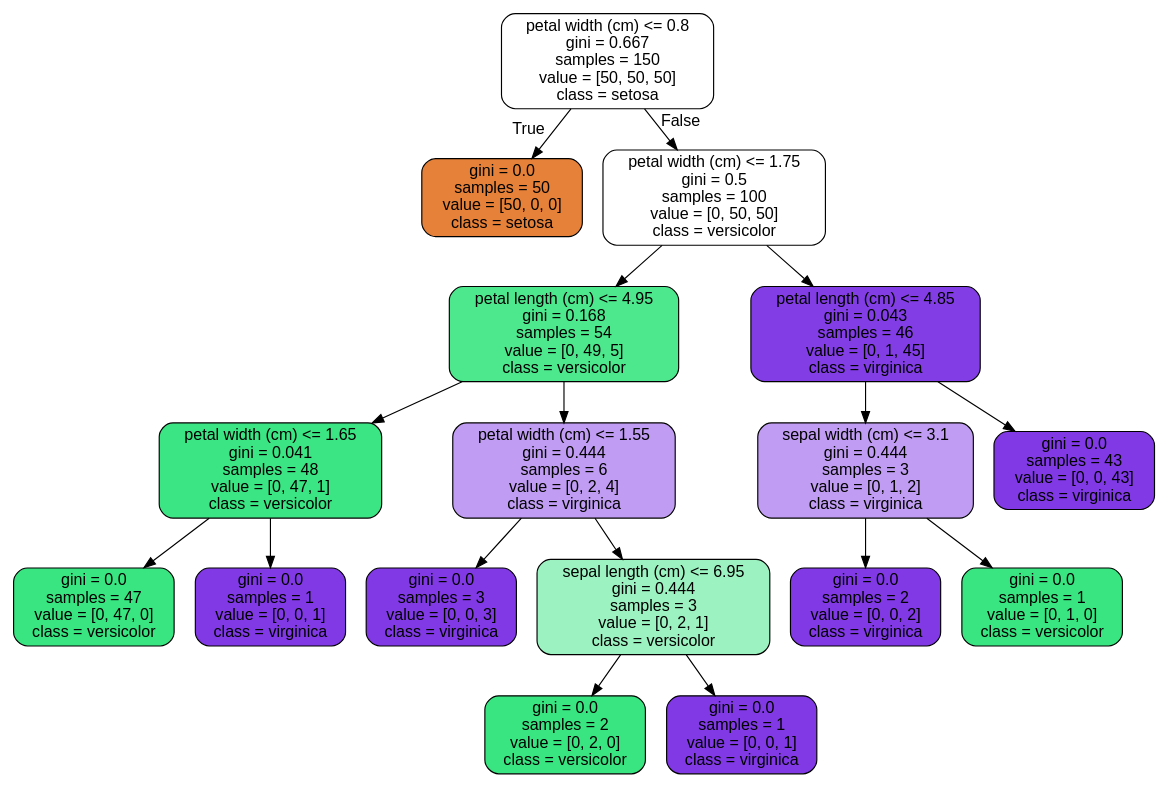
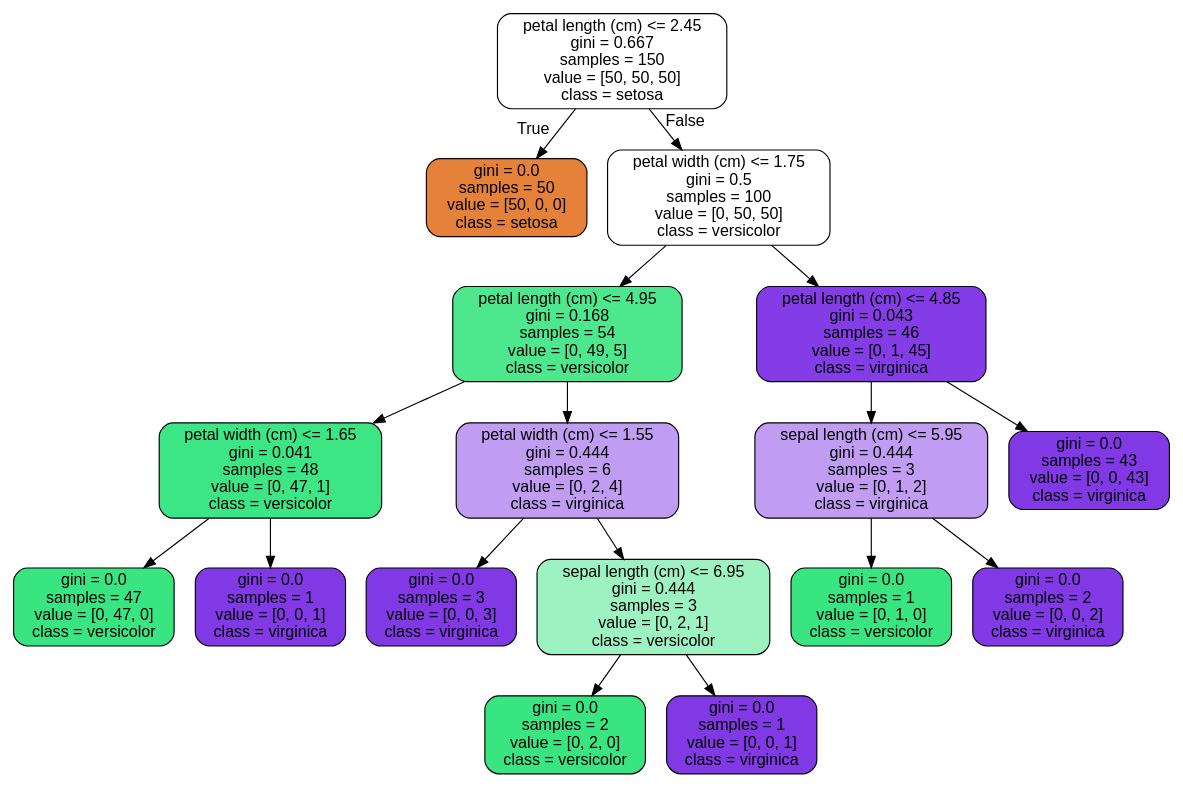
The diagram in com/happiless/02_ai_core/02_机器学习/03_常用机器学习模型/iris_tree.dot (happiless/God-Of-AI), drawn with Graphviz before and after one commit. The commit also changed 5 other files, not shown here.

```diff
--- a/com/happiless/02_ai_core/02_机器学习/03_常用机器学习模型/iris_tree.dot
+++ b/com/happiless/02_ai_core/02_机器学习/03_常用机器学习模型/iris_tree.dot
@@ -1,37 +1,37 @@
 digraph Tree {
 node [shape=box, style="filled, rounded", color="black", fontname=helvetica] ;
 edge [fontname=helvetica] ;
-0 [label="petal width (cm) <= 0.8\ngini = 0.667\nsamples = 150\nvalue = [50, 50, 50]\nclass = setosa", fillcolor="#e5813900"] ;
-1 [label="gini = 0.0\nsamples = 50\nvalue = [50, 0, 0]\nclass = setosa", fillcolor="#e58139ff"] ;
+0 [label="petal length (cm) <= 2.45\ngini = 0.667\nsamples = 150\nvalue = [50, 50, 50]\nclass = setosa", fillcolor="#ffffff"] ;
+1 [label="gini = 0.0\nsamples = 50\nvalue = [50, 0, 0]\nclass = setosa", fillcolor="#e58139"] ;
 0 -> 1 [labeldistance=2.5, labelangle=45, headlabel="True"] ;
-2 [label="petal width (cm) <= 1.75\ngini = 0.5\nsamples = 100\nvalue = [0, 50, 50]\nclass = versicolor", fillcolor="#39e58100"] ;
+2 [label="petal width (cm) <= 1.75\ngini = 0.5\nsamples = 100\nvalue = [0, 50, 50]\nclass = versicolor", fillcolor="#ffffff"] ;
 0 -> 2 [labeldistance=2.5, labelangle=-45, headlabel="False"] ;
-3 [label="petal length (cm) <= 4.95\ngini = 0.168\nsamples = 54\nvalue = [0, 49, 5]\nclass = versicolor", fillcolor="#39e581e5"] ;
+3 [label="petal length (cm) <= 4.95\ngini = 0.168\nsamples = 54\nvalue = [0, 49, 5]\nclass = versicolor", fillcolor="#4de88e"] ;
 2 -> 3 ;
-4 [label="petal width (cm) <= 1.65\ngini = 0.041\nsamples = 48\nvalue = [0, 47, 1]\nclass = versicolor", fillcolor="#39e581fa"] ;
+4 [label="petal width (cm) <= 1.65\ngini = 0.041\nsamples = 48\nvalue = [0, 47, 1]\nclass = versicolor", fillcolor="#3de684"] ;
 3 -> 4 ;
-5 [label="gini = 0.0\nsamples = 47\nvalue = [0, 47, 0]\nclass = versicolor", fillcolor="#39e581ff"] ;
+5 [label="gini = 0.0\nsamples = 47\nvalue = [0, 47, 0]\nclass = versicolor", fillcolor="#39e581"] ;
 4 -> 5 ;
-6 [label="gini = 0.0\nsamples = 1\nvalue = [0, 0, 1]\nclass = virginica", fillcolor="#8139e5ff"] ;
+6 [label="gini = 0.0\nsamples = 1\nvalue = [0, 0, 1]\nclass = virginica", fillcolor="#8139e5"] ;
 4 -> 6 ;
-7 [label="petal width (cm) <= 1.55\ngini = 0.444\nsamples = 6\nvalue = [0, 2, 4]\nclass = virginica", fillcolor="#8139e57f"] ;
+7 [label="petal width (cm) <= 1.55\ngini = 0.444\nsamples = 6\nvalue = [0, 2, 4]\nclass = virginica", fillcolor="#c09cf2"] ;
 3 -> 7 ;
-8 [label="gini = 0.0\nsamples = 3\nvalue = [0, 0, 3]\nclass = virginica", fillcolor="#8139e5ff"] ;
+8 [label="gini = 0.0\nsamples = 3\nvalue = [0, 0, 3]\nclass = virginica", fillcolor="#8139e5"] ;
 7 -> 8 ;
-9 [label="sepal length (cm) <= 6.95\ngini = 0.444\nsamples = 3\nvalue = [0, 2, 1]\nclass = versicolor", fillcolor="#39e5817f"] ;
+9 [label="sepal length (cm) <= 6.95\ngini = 0.444\nsamples = 3\nvalue = [0, 2, 1]\nclass = versicolor", fillcolor="#9cf2c0"] ;
 7 -> 9 ;
-10 [label="gini = 0.0\nsamples = 2\nvalue = [0, 2, 0]\nclass = versicolor", fillcolor="#39e581ff"] ;
+10 [label="gini = 0.0\nsamples = 2\nvalue = [0, 2, 0]\nclass = versicolor", fillcolor="#39e581"] ;
 9 -> 10 ;
-11 [label="gini = 0.0\nsamples = 1\nvalue = [0, 0, 1]\nclass = virginica", fillcolor="#8139e5ff"] ;
+11 [label="gini = 0.0\nsamples = 1\nvalue = [0, 0, 1]\nclass = virginica", fillcolor="#8139e5"] ;
 9 -> 11 ;
-12 [label="petal length (cm) <= 4.85\ngini = 0.043\nsamples = 46\nvalue = [0, 1, 45]\nclass = virginica", fillcolor="#8139e5f9"] ;
+12 [label="petal length (cm) <= 4.85\ngini = 0.043\nsamples = 46\nvalue = [0, 1, 45]\nclass = virginica", fillcolor="#843de6"] ;
 2 -> 12 ;
-13 [label="sepal width (cm) <= 3.1\ngini = 0.444\nsamples = 3\nvalue = [0, 1, 2]\nclass = virginica", fillcolor="#8139e57f"] ;
+13 [label="sepal length (cm) <= 5.95\ngini = 0.444\nsamples = 3\nvalue = [0, 1, 2]\nclass = virginica", fillcolor="#c09cf2"] ;
 12 -> 13 ;
-14 [label="gini = 0.0\nsamples = 2\nvalue = [0, 0, 2]\nclass = virginica", fillcolor="#8139e5ff"] ;
+14 [label="gini = 0.0\nsamples = 1\nvalue = [0, 1, 0]\nclass = versicolor", fillcolor="#39e581"] ;
 13 -> 14 ;
-15 [label="gini = 0.0\nsamples = 1\nvalue = [0, 1, 0]\nclass = versicolor", fillcolor="#39e581ff"] ;
+15 [label="gini = 0.0\nsamples = 2\nvalue = [0, 0, 2]\nclass = virginica", fillcolor="#8139e5"] ;
 13 -> 15 ;
-16 [label="gini = 0.0\nsamples = 43\nvalue = [0, 0, 43]\nclass = virginica", fillcolor="#8139e5ff"] ;
+16 [label="gini = 0.0\nsamples = 43\nvalue = [0, 0, 43]\nclass = virginica", fillcolor="#8139e5"] ;
 12 -> 16 ;
 }
```
